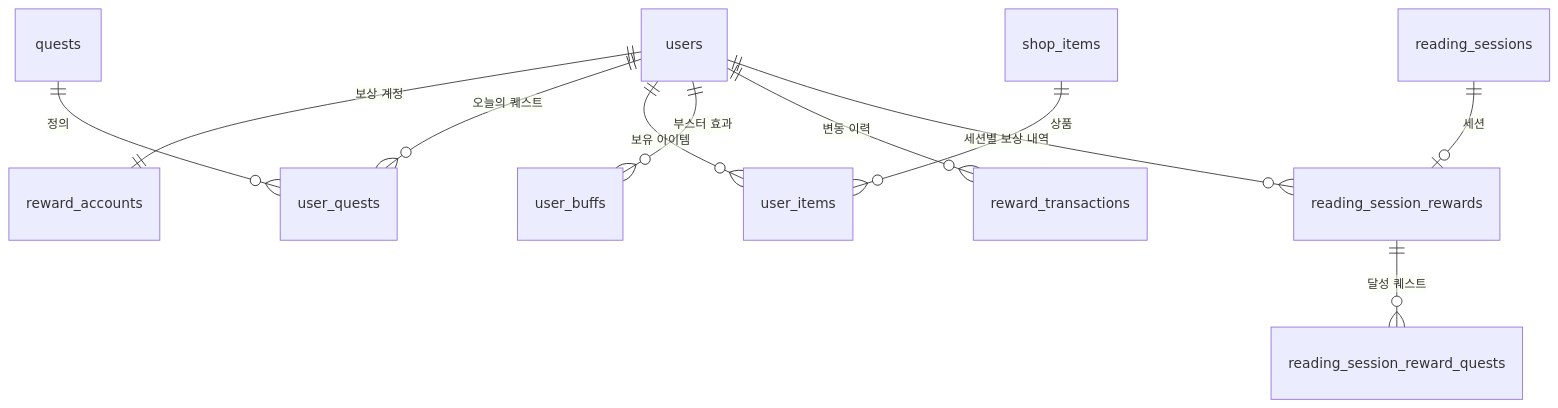
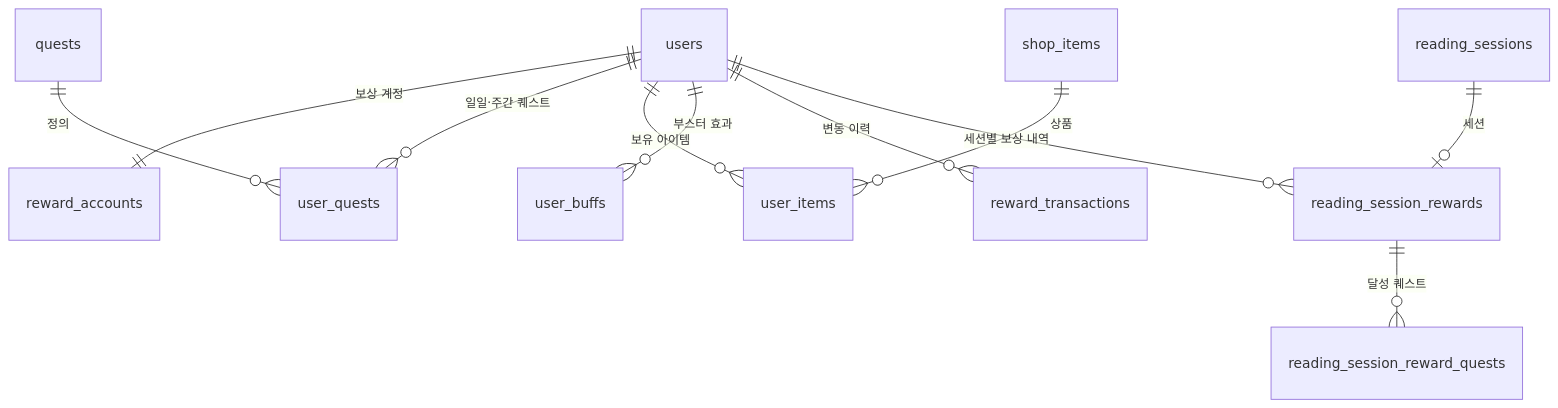
The diagram in docs/domains/reward/data.md (soo123123/chaekdami), drawn with Mermaid before and after one commit. The commit also changed other lines of this file and 21 other files, not shown here.

````diff
--- a/docs/domains/reward/data.md
+++ b/docs/domains/reward/data.md
@@ -10,13 +10,13 @@
 ```mermaid
 erDiagram
   users ||--|| reward_accounts : "보상 계정"
-  users ||--o{ user_quests : "오늘의 퀘스트"
+  users ||--o{ user_quests : "일일·주간 퀘스트"
   quests ||--o{ user_quests : "정의"
   users ||--o{ user_items : "보유 아이템"
   shop_items ||--o{ user_items : "상품"
   users ||--o{ user_buffs : "부스터 효과"
   users ||--o{ reward_transactions : "변동 이력"
   users ||--o{ reading_session_rewards : "세션별 보상 내역"
   reading_sessions ||--o| reading_session_rewards : "세션"
   reading_session_rewards ||--o{ reading_session_reward_quests : "달성 퀘스트"
 ```
````
